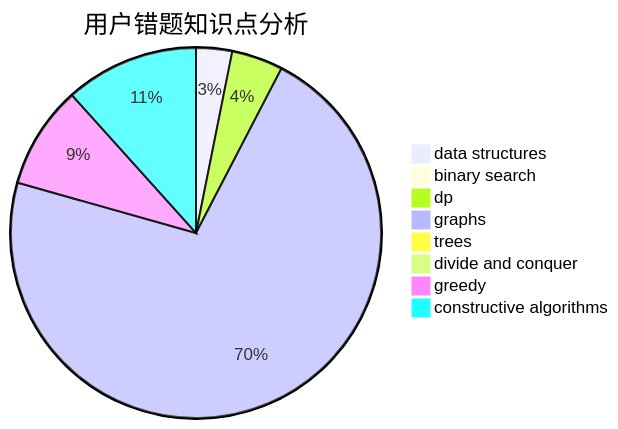
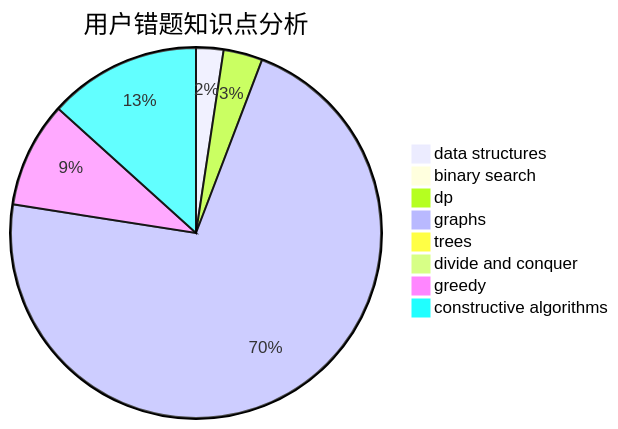
The third of 3 diagrams in docs/user/u280.md (sherpahu/cfrs.github.io), drawn with Mermaid before and after one commit. The commit also changed other lines of this file and 2770 other files, not shown here.

````diff
--- a/docs/user/u280.md
+++ b/docs/user/u280.md
@@ -36,11 +36,11 @@
 ```mermaid
 pie title 用户错题知识点分析
     "data structures" :  7
     "binary search" :  2
     "dp" :  10
-    "graphs" :  160
+    "graphs" :  210
     "trees" :  2
     "divide and conquer" :  1
-    "greedy" :  20
-    "constructive algorithms" :  26
+    "greedy" :  27
+    "constructive algorithms" :  39
 ```
````
